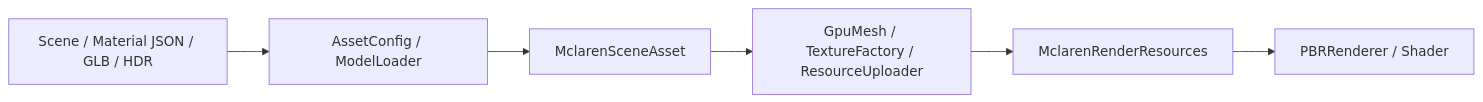
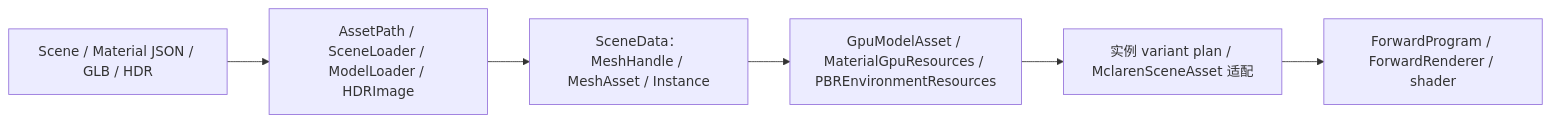
Before and after one commit to Cyberyb/KuEngine: the second of 2 diagrams in docs/structure/current-architecture.md, drawn with Mermaid. The commit also changed other lines of this file and 143 other files, not shown here.

````diff
--- a/docs/structure/current-architecture.md
+++ b/docs/structure/current-architecture.md
@@ -42,10 +47,10 @@
 ```mermaid
 flowchart LR
     Disk["Scene / Material JSON / GLB / HDR"]
-    CPU["AssetConfig / ModelLoader"]
-    Scene["MclarenSceneAsset"]
-    GPU["GpuMesh / TextureFactory / ResourceUploader"]
-    Resource["MclarenRenderResources"]
-    PBR["PBRRenderer / Shader"]
+    CPU["AssetPath / SceneLoader / ModelLoader / HDRImage"]
+    Scene["SceneData：MeshHandle / MeshAsset / Instance"]
+    GPU["GpuModelAsset / MaterialGpuResources / PBREnvironmentResources"]
+    Resource["实例 variant plan / MclarenSceneAsset 适配"]
+    PBR["ForwardProgram / ForwardRenderer / shader"]
     Disk --> CPU --> Scene --> GPU --> Resource --> PBR
 ```
````
